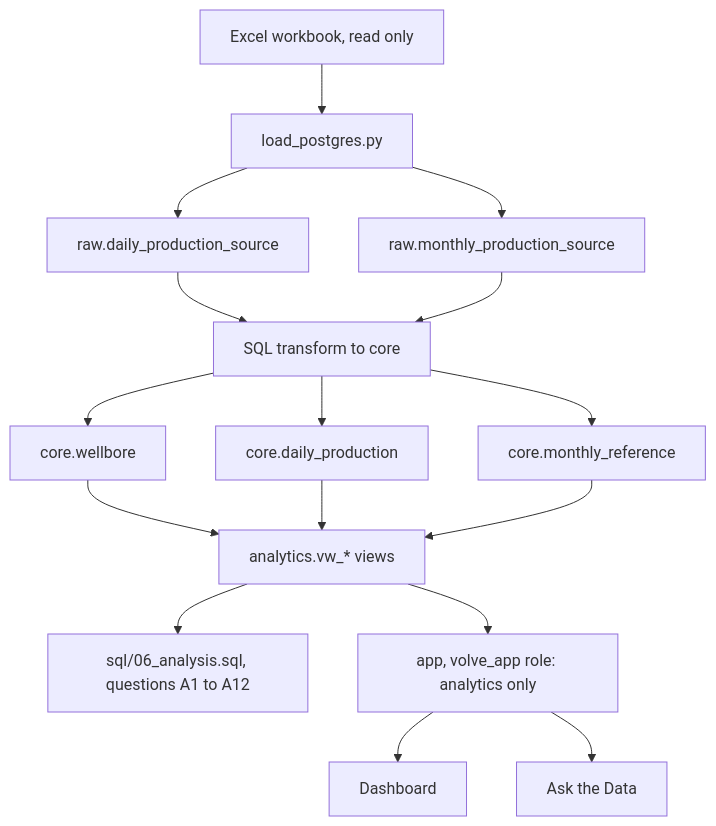
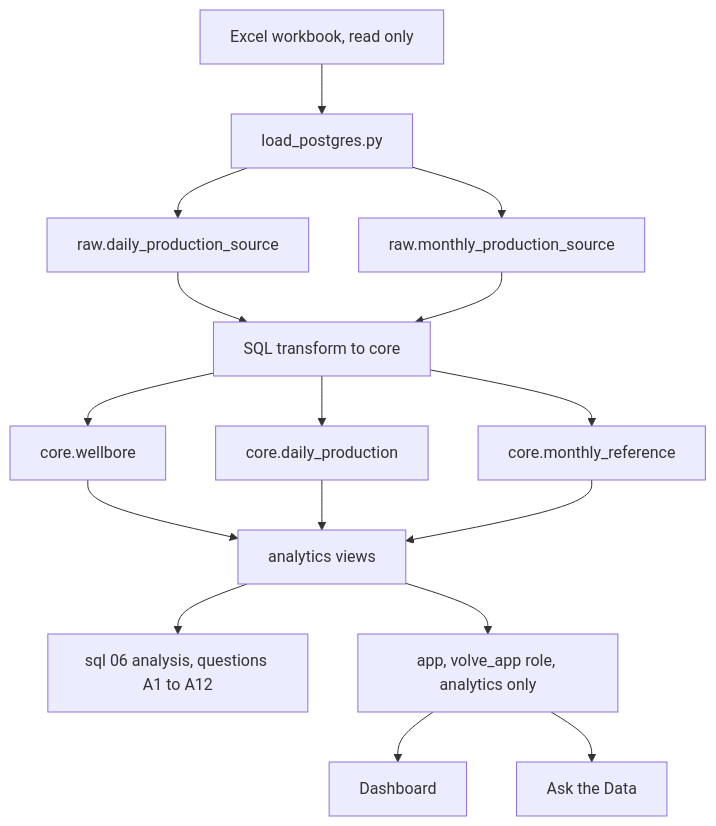
Before and after one commit to djimrastephane/Volve_SQL: the diagram in README.md, drawn with Mermaid.

Commit message:
Re-quote node labels and drop remaining special characters (diagnostic)
Still isolating why GitHub's Mermaid renderer rejects this diagram -
the previous simplification removed quotes around node text, leaving
an unquoted asterisk (analytics.vw_*) and colon
(volve_app role: analytics only), both known trouble spots for
Mermaid's unquoted bracket-text parser. Re-added quotes and dropped the
remaining special characters as a maximally conservative test.

````diff
--- a/README.md
+++ b/README.md
@@ -128,18 +128,18 @@
 ```mermaid
 flowchart TD
-    A[Excel workbook, read only] --> B[load_postgres.py]
-    B --> C1[raw.daily_production_source]
-    B --> C2[raw.monthly_production_source]
-    C1 --> D[SQL transform to core]
+    A["Excel workbook, read only"] --> B["load_postgres.py"]
+    B --> C1["raw.daily_production_source"]
+    B --> C2["raw.monthly_production_source"]
+    C1 --> D["SQL transform to core"]
     C2 --> D
-    D --> E1[core.wellbore]
-    D --> E2[core.daily_production]
-    D --> E3[core.monthly_reference]
-    E1 --> F[analytics.vw_* views]
+    D --> E1["core.wellbore"]
+    D --> E2["core.daily_production"]
+    D --> E3["core.monthly_reference"]
+    E1 --> F["analytics views"]
     E2 --> F
     E3 --> F
-    F --> G[sql/06_analysis.sql, questions A1 to A12]
-    F --> H[app, volve_app role: analytics only]
-    H --> I[Dashboard]
-    H --> J[Ask the Data]
+    F --> G["sql 06 analysis, questions A1 to A12"]
+    F --> H["app, volve_app role, analytics only"]
+    H --> I["Dashboard"]
+    H --> J["Ask the Data"]
 ```
````
